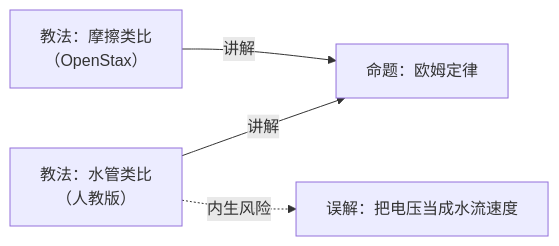
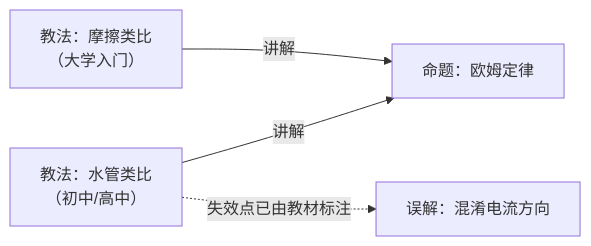
Before and after one commit to hpleapfrog/Scholia: the diagram in knowledge/物理/README.md, drawn with Mermaid. The commit also changed other lines of this file and 8 other files, not shown here.

````diff
--- a/knowledge/物理/README.md
+++ b/knowledge/物理/README.md
@@ -29,10 +27,10 @@
 ```mermaid
 graph LR
   K["命题：欧姆定律"]
-  W["教法：水管类比<br/>（人教版）"]
-  F["教法：摩擦类比<br/>（OpenStax）"]
-  X["误解：把电压当成水流速度"]
+  W["教法：水管类比<br/>（初中/高中）"]
+  F["教法：摩擦类比<br/>（大学入门）"]
+  X["误解：混淆电流方向"]
   W -->|讲解| K
   F -->|讲解| K
-  W -.->|内生风险| X
+  W -.->|失效点已由教材标注| X
 ```
````
